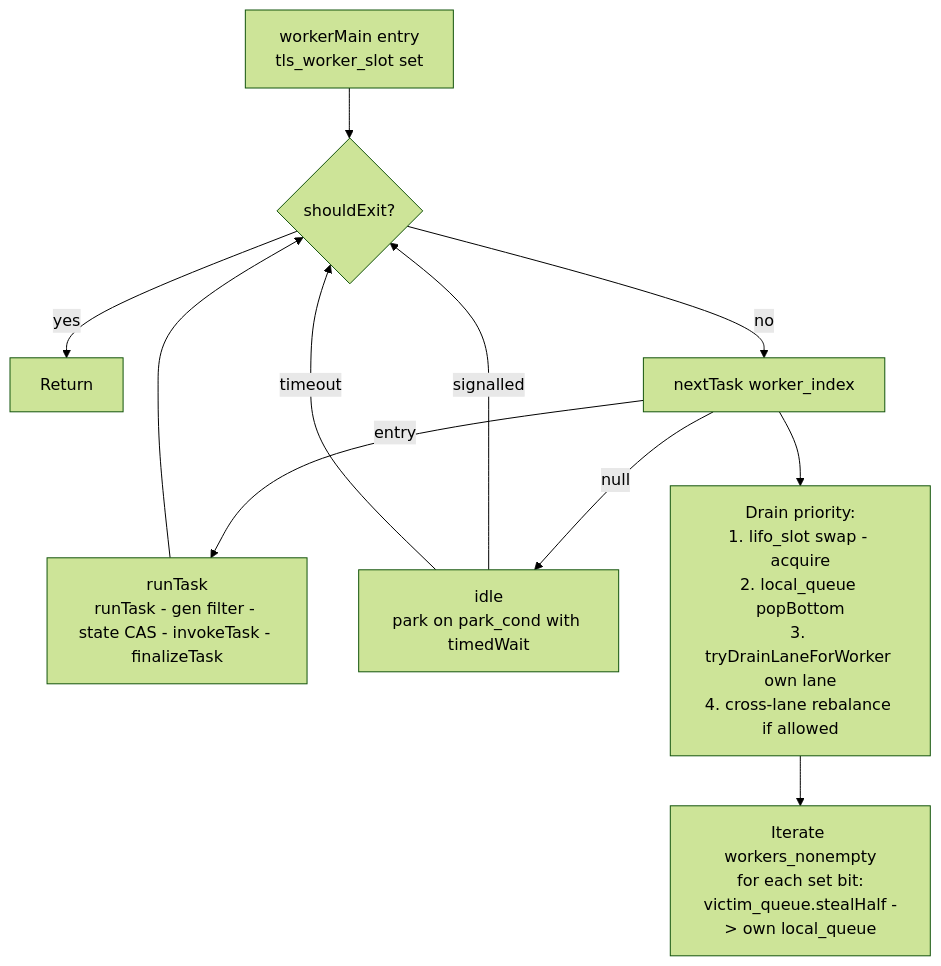
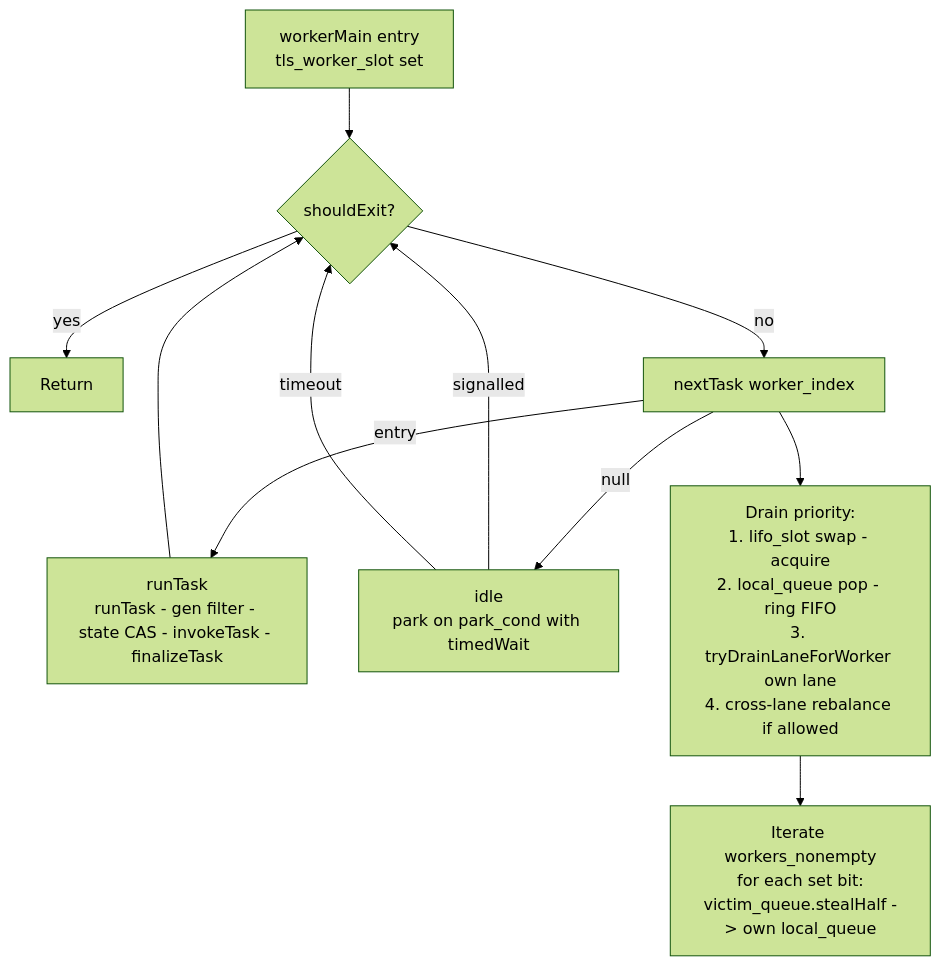
The third of 6 diagrams in docs/architecture.md (geodedb/zig-thread-pool), drawn with Mermaid (forest theme) before and after one commit. The commit also changed other lines of this file and 3 other files, not shown here.

First line of the commit message:
fix(queue): FIFO owner pop so batch steals cannot overrun (SONNY-2448)

````diff
--- a/docs/architecture.md
+++ b/docs/architecture.md
@@ -136,14 +136,14 @@
 ```mermaid
 flowchart TB
     Boot[workerMain entry<br/>tls_worker_slot set] --> Top
     Top{shouldExit?} -- yes --> Exit[Return]
     Top -- no --> Next[nextTask worker_index]
     Next -- entry --> Run[runTask<br/>runTask - gen filter - state CAS - invokeTask - finalizeTask]
     Run --> Top
     Next -- null --> Idle[idle<br/>park on park_cond with timedWait]
     Idle -- signalled --> Top
     Idle -- timeout --> Top
 
-    Next --> DrainPriority[Drain priority:<br/>1. lifo_slot swap - acquire<br/>2. local_queue popBottom<br/>3. tryDrainLaneForWorker own lane<br/>4. cross-lane rebalance if allowed]
+    Next --> DrainPriority[Drain priority:<br/>1. lifo_slot swap - acquire<br/>2. local_queue pop - ring FIFO<br/>3. tryDrainLaneForWorker own lane<br/>4. cross-lane rebalance if allowed]
     DrainPriority --> Steal[Iterate workers_nonempty<br/>for each set bit:<br/>victim_queue.stealHalf -> own local_queue]
 ```
````
